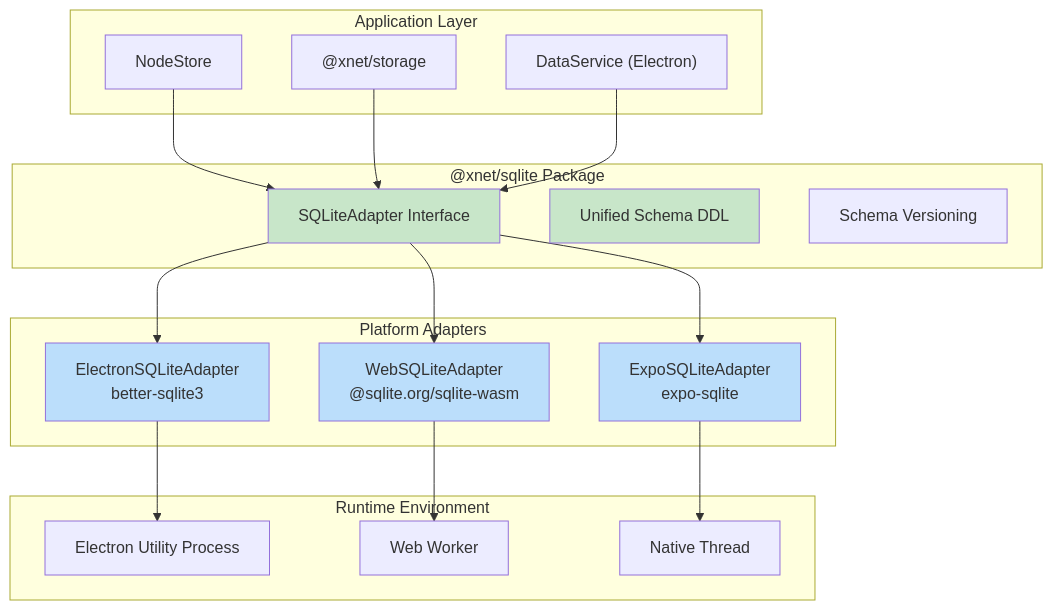
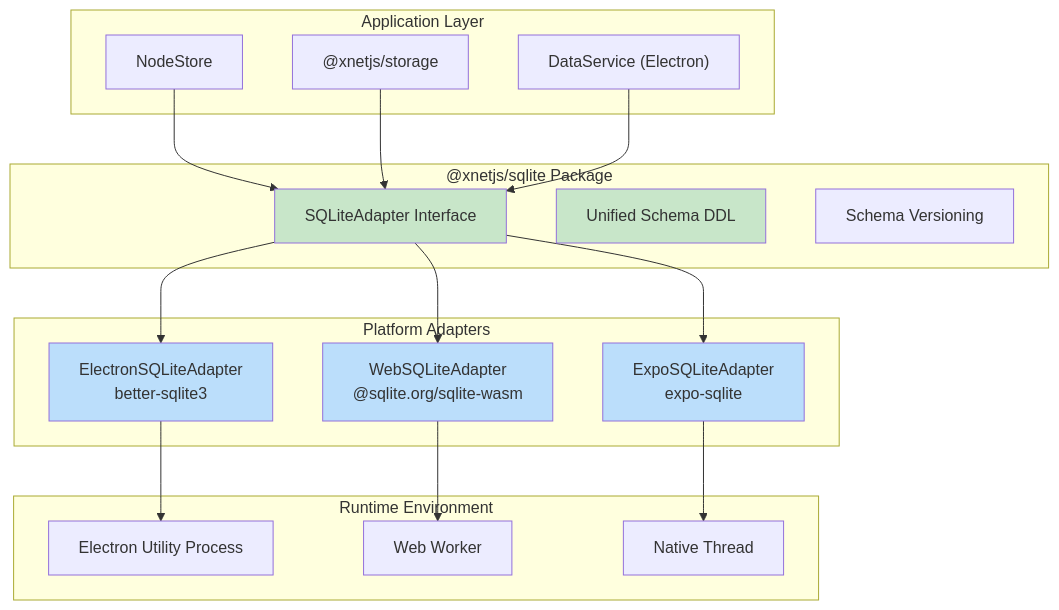
One commit to crs48/xNet changed the first of 5 diagrams in docs/plans/plan03_9_5IndexedDBToSQLite/README.md. Above: the diagram before and after it, drawn with Mermaid. The commit also changed other lines of this file and 980 other files, not shown here.

````diff
--- a/docs/plans/plan03_9_5IndexedDBToSQLite/README.md
+++ b/docs/plans/plan03_9_5IndexedDBToSQLite/README.md
@@ -25,44 +25,44 @@
 ```mermaid
 flowchart TB
     subgraph "Application Layer"
         NS["NodeStore"]
-        SS["@xnet/storage"]
+        SS["@xnetjs/storage"]
         DS["DataService (Electron)"]
     end
 
-    subgraph "@xnet/sqlite Package"
+    subgraph "@xnetjs/sqlite Package"
         IFACE["SQLiteAdapter Interface"]
         SCHEMA["Unified Schema DDL"]
         MIGRATE["Schema Versioning"]
     end
 
     subgraph "Platform Adapters"
         ELECTRON["ElectronSQLiteAdapter<br/>better-sqlite3"]
         WEB["WebSQLiteAdapter<br/>@sqlite.org/sqlite-wasm"]
         EXPO["ExpoSQLiteAdapter<br/>expo-sqlite"]
     end
 
     subgraph "Runtime Environment"
         MAIN["Electron Utility Process"]
         WORKER["Web Worker"]
         NATIVE["Native Thread"]
     end
 
     NS --> IFACE
     SS --> IFACE
     DS --> IFACE
 
     IFACE --> ELECTRON
     IFACE --> WEB
     IFACE --> EXPO
 
     ELECTRON --> MAIN
     WEB --> WORKER
     EXPO --> NATIVE
 
     style IFACE fill:#c8e6c9
     style SCHEMA fill:#c8e6c9
     style ELECTRON fill:#bbdefb
     style WEB fill:#bbdefb
     style EXPO fill:#bbdefb
 ```
````
